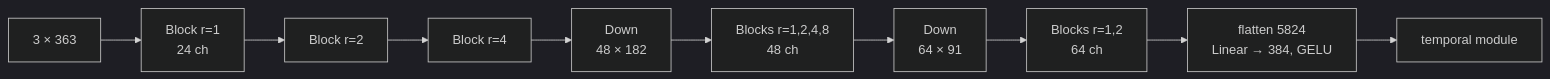
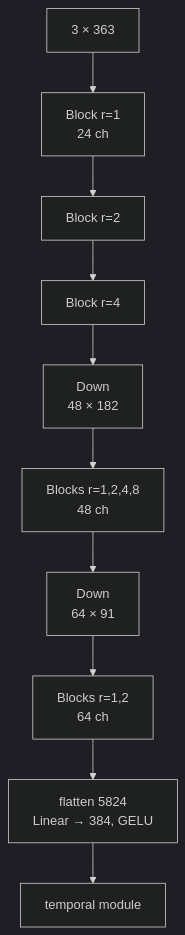
One commit to hannahsq/voice-analyser changed the second of 8 diagrams in docs/architectures.md. Above: the diagram before and after it, drawn with Mermaid (dark theme).

Commit message:
docs: architectures.md, front-end diagram flows top to bottom (readable on mobile)

````diff
--- a/docs/architectures.md
+++ b/docs/architectures.md
@@ -94,8 +94,8 @@
 ```mermaid
-flowchart LR
+flowchart TD
     X["3 × 363"] --> B1["Block r=1<br/>24 ch"] --> B2["Block r=2"] --> B3["Block r=4"]
     B3 --> D1["Down<br/>48 × 182"] --> B4["Blocks r=1,2,4,8<br/>48 ch"]
     B4 --> D2["Down<br/>64 × 91"] --> B5["Blocks r=1,2<br/>64 ch"]
     B5 --> FL["flatten 5824<br/>Linear → 384, GELU"]
     FL --> TM["temporal module"]
 ```
````
